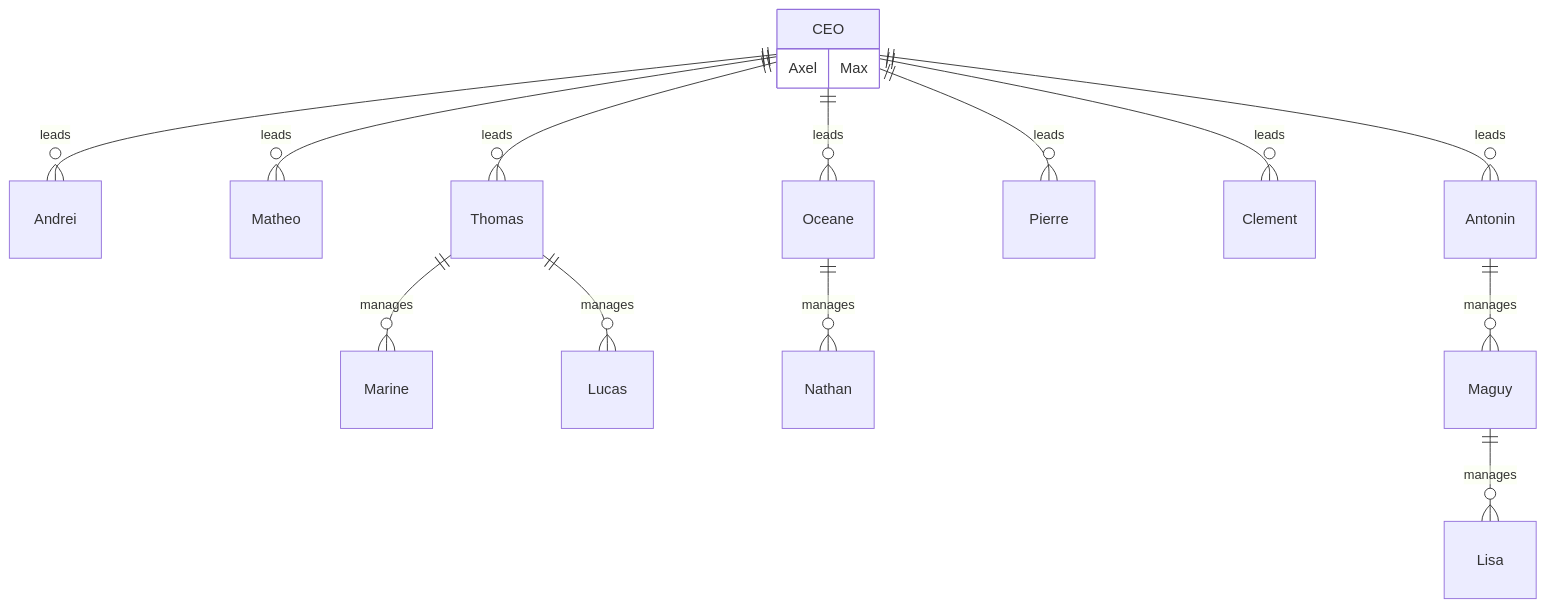
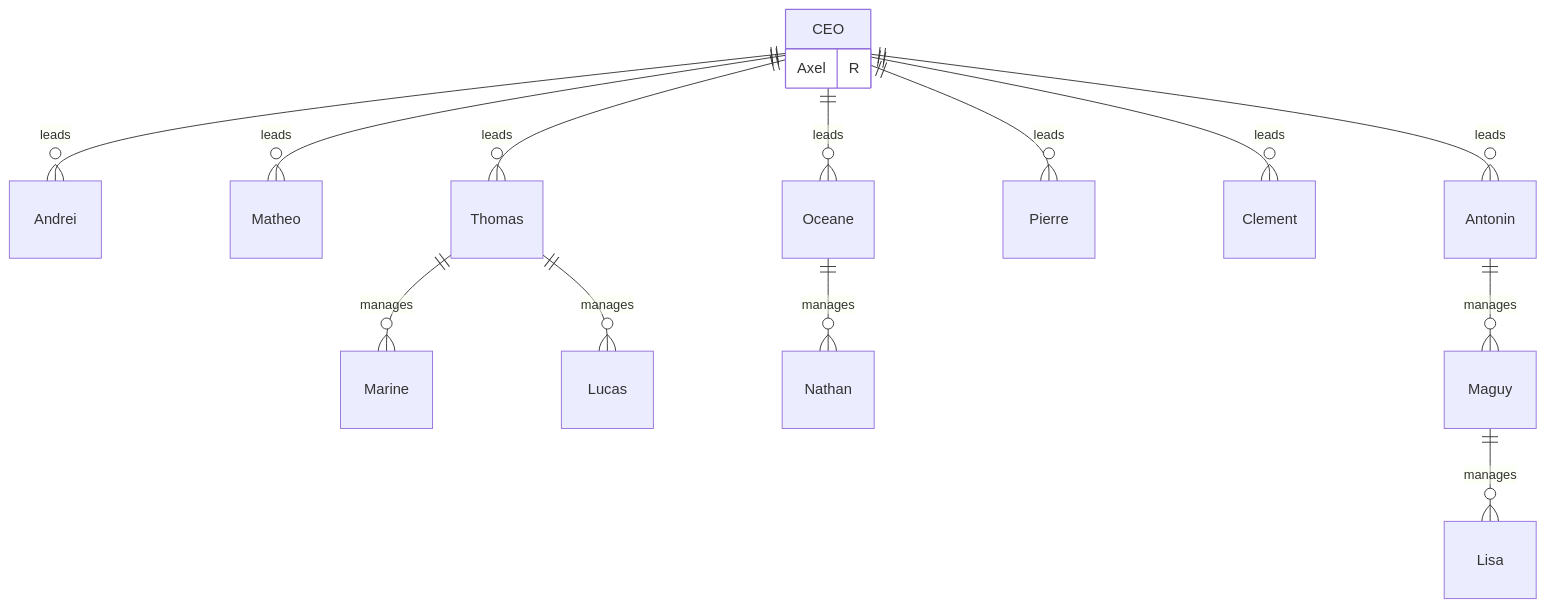
One commit to OffensiveKernelUser/SymplexPresentation changed the diagram in slides.md. Above: the diagram before and after it, drawn with Mermaid. The commit also changed other lines of this file and 1 other file, not shown here.

````diff
--- a/slides.md
+++ b/slides.md
@@ -18,20 +18,20 @@
 ```mermaid
 erDiagram
     CEO ||--o{ Andrei : leads
     CEO ||--o{ Matheo : leads
     CEO ||--o{ Thomas : leads
     CEO ||--o{ Oceane : leads
     CEO ||--o{ Pierre : leads
     CEO ||--o{ Clement : leads
     CEO ||--o{ Antonin : leads
     Thomas ||--o{ Marine : manages
     Thomas ||--o{ Lucas : manages
     Oceane ||--o{ Nathan : manages
     Antonin ||--o{ Maguy : manages
     Maguy ||--o{ Lisa : manages
 
     CEO {
         Axel
-        Max
+        R
     }
 ```
````
